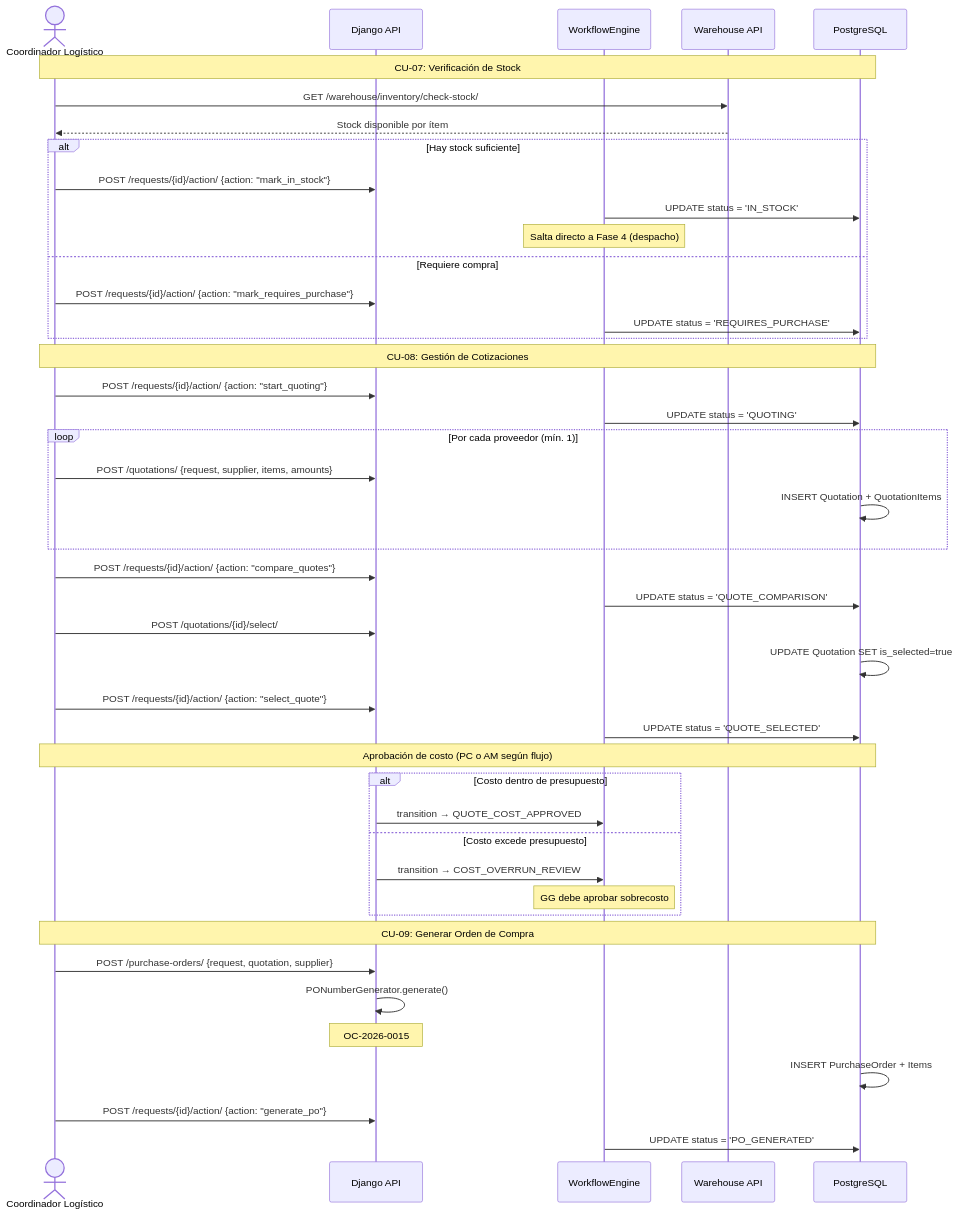
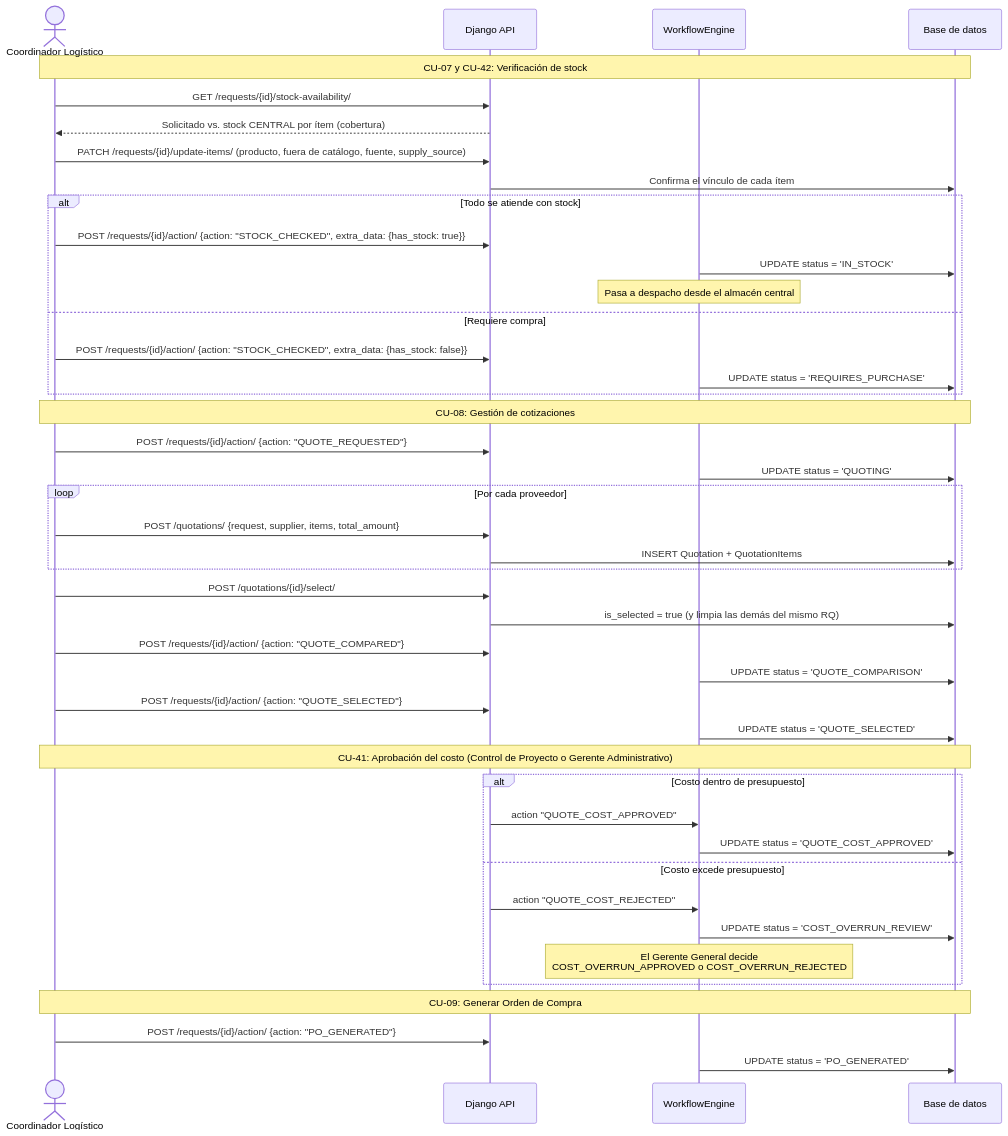
One commit to pccpegit/SYSPCCLOG changed the eighth of 25 diagrams in docs/01_Casos_de_Uso.md. Above: the diagram before and after it, drawn with Mermaid. The commit also changed other lines of this file and 42 other files, not shown here.

````diff
--- a/docs/01_Casos_de_Uso.md
+++ b/docs/01_Casos_de_Uso.md
@@ -415,54 +480,52 @@
 ```mermaid
 sequenceDiagram
     actor LC as Coordinador Logístico
     participant API as Django API
     participant WF as WorkflowEngine
-    participant WH as Warehouse API
-    participant DB as PostgreSQL
+    participant DB as Base de datos
 
-    Note over LC,DB: CU-07: Verificación de Stock
-    LC->>WH: GET /warehouse/inventory/check-stock/
-    WH-->>LC: Stock disponible por ítem
+    Note over LC,DB: CU-07 y CU-42: Verificación de stock
+    LC->>API: GET /requests/{id}/stock-availability/
+    API-->>LC: Solicitado vs. stock CENTRAL por ítem (cobertura)
+    LC->>API: PATCH /requests/{id}/update-items/ (producto, fuera de catálogo, fuente, supply_source)
+    API->>DB: Confirma el vínculo de cada ítem
 
-    alt Hay stock suficiente
-        LC->>API: POST /requests/{id}/action/ {action: "mark_in_stock"}
+    alt Todo se atiende con stock
+        LC->>API: POST /requests/{id}/action/ {action: "STOCK_CHECKED", extra_data: {has_stock: true}}
         WF->>DB: UPDATE status = 'IN_STOCK'
-        Note over WF: Salta directo a Fase 4 (despacho)
+        Note over WF: Pasa a despacho desde el almacén central
     else Requiere compra
-        LC->>API: POST /requests/{id}/action/ {action: "mark_requires_purchase"}
+        LC->>API: POST /requests/{id}/action/ {action: "STOCK_CHECKED", extra_data: {has_stock: false}}
         WF->>DB: UPDATE status = 'REQUIRES_PURCHASE'
     end
 
-    Note over LC,DB: CU-08: Gestión de Cotizaciones
-    LC->>API: POST /requests/{id}/action/ {action: "start_quoting"}
+    Note over LC,DB: CU-08: Gestión de cotizaciones
+    LC->>API: POST /requests/{id}/action/ {action: "QUOTE_REQUESTED"}
     WF->>DB: UPDATE status = 'QUOTING'
 
-    loop Por cada proveedor (mín. 1)
-        LC->>API: POST /quotations/ {request, supplier, items, amounts}
-        DB->>DB: INSERT Quotation + QuotationItems
+    loop Por cada proveedor
+        LC->>API: POST /quotations/ {request, supplier, items, total_amount}
+        API->>DB: INSERT Quotation + QuotationItems
     end
 
-    LC->>API: POST /requests/{id}/action/ {action: "compare_quotes"}
+    LC->>API: POST /quotations/{id}/select/
+    API->>DB: is_selected = true (y limpia las demás del mismo RQ)
+    LC->>API: POST /requests/{id}/action/ {action: "QUOTE_COMPARED"}
     WF->>DB: UPDATE status = 'QUOTE_COMPARISON'
-
-    LC->>API: POST /quotations/{id}/select/
-    DB->>DB: UPDATE Quotation SET is_selected=true
-    LC->>API: POST /requests/{id}/action/ {action: "select_quote"}
+    LC->>API: POST /requests/{id}/action/ {action: "QUOTE_SELECTED"}
     WF->>DB: UPDATE status = 'QUOTE_SELECTED'
 
-    Note over LC,DB: Aprobación de costo (PC o AM según flujo)
+    Note over LC,DB: CU-41: Aprobación del costo (Control de Proyecto o Gerente Administrativo)
     alt Costo dentro de presupuesto
-        API->>WF: transition → QUOTE_COST_APPROVED
+        API->>WF: action "QUOTE_COST_APPROVED"
+        WF->>DB: UPDATE status = 'QUOTE_COST_APPROVED'
     else Costo excede presupuesto
-        API->>WF: transition → COST_OVERRUN_REVIEW
-        Note over WF: GG debe aprobar sobrecosto
+        API->>WF: action "QUOTE_COST_REJECTED"
+        WF->>DB: UPDATE status = 'COST_OVERRUN_REVIEW'
+        Note over WF: El Gerente General decide<br/>COST_OVERRUN_APPROVED o COST_OVERRUN_REJECTED
     end
 
     Note over LC,DB: CU-09: Generar Orden de Compra
-    LC->>API: POST /purchase-orders/ {request, quotation, supplier}
-    API->>API: PONumberGenerator.generate()
-    Note over API: OC-2026-0015
-    DB->>DB: INSERT PurchaseOrder + Items
-    LC->>API: POST /requests/{id}/action/ {action: "generate_po"}
+    LC->>API: POST /requests/{id}/action/ {action: "PO_GENERATED"}
     WF->>DB: UPDATE status = 'PO_GENERATED'
 ```
````
